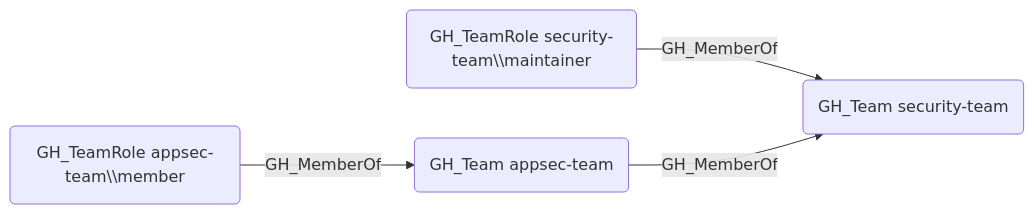
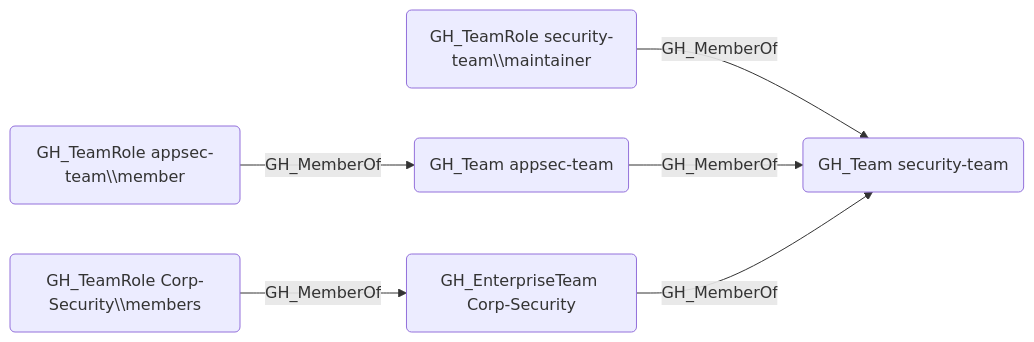
One commit to SpecterOps/GitHound changed the diagram in Documentation/EdgeDescriptions/GH_MemberOf.md. Above: the diagram before and after it, drawn with Mermaid. The commit also changed other lines of this file and 6 other files, not shown here.

````diff
--- a/Documentation/EdgeDescriptions/GH_MemberOf.md
+++ b/Documentation/EdgeDescriptions/GH_MemberOf.md
@@ -12,10 +12,14 @@
 ```mermaid
 graph LR
     teamRole1("GH_TeamRole security-team\\maintainer")
     teamRole2("GH_TeamRole appsec-team\\member")
+    entTeamRole("GH_TeamRole Corp-Security\\members")
     childTeam("GH_Team appsec-team")
     parentTeam("GH_Team security-team")
+    entTeam("GH_EnterpriseTeam Corp-Security")
     teamRole1 -- GH_MemberOf --> parentTeam
     teamRole2 -- GH_MemberOf --> childTeam
     childTeam -- GH_MemberOf --> parentTeam
+    entTeamRole -- GH_MemberOf --> entTeam
+    entTeam -- GH_MemberOf --> parentTeam
 ```
````
